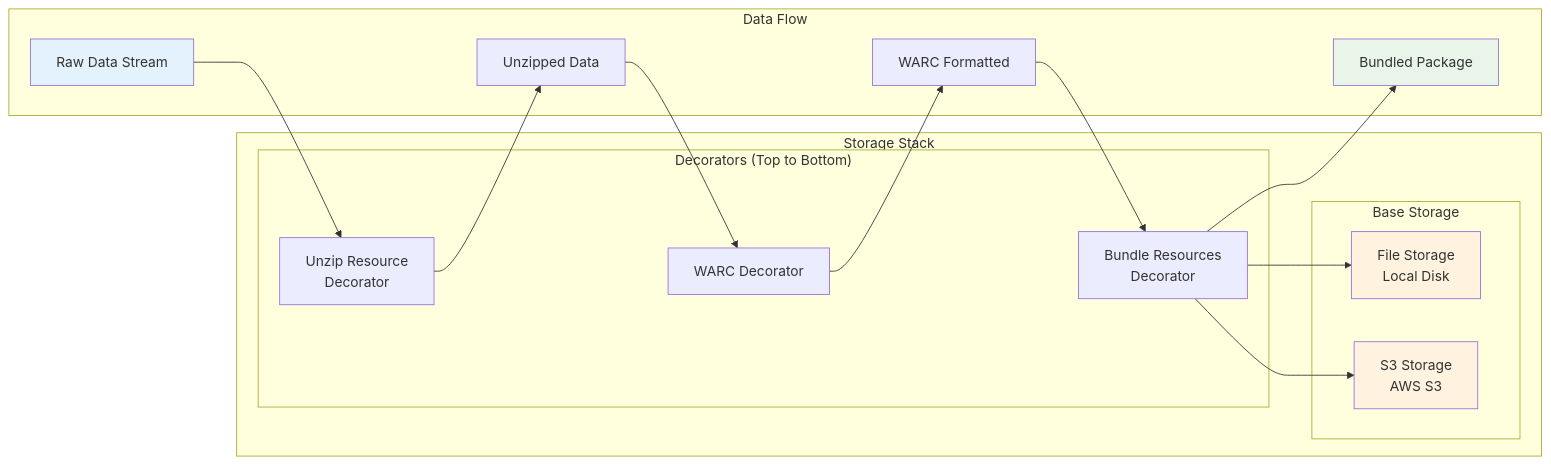
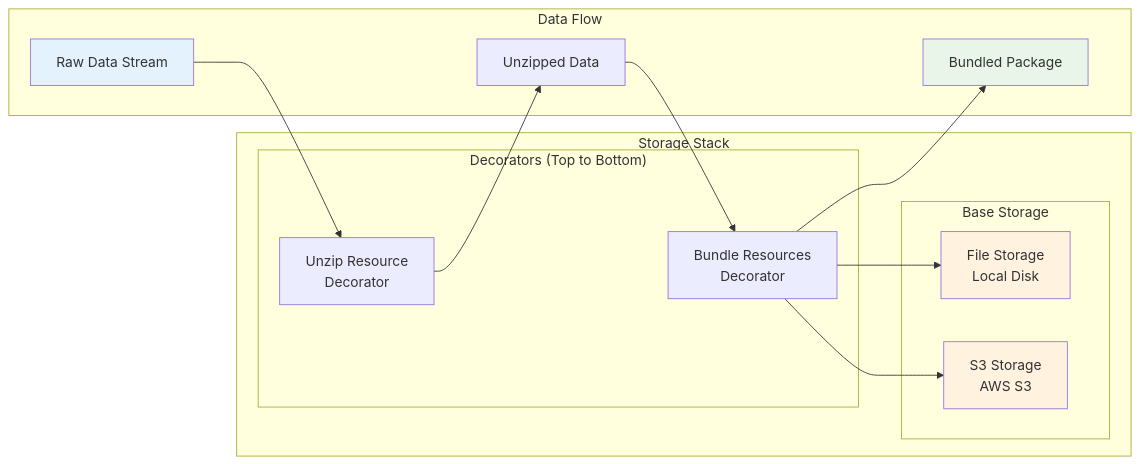
The third of 4 diagrams in docs/01_architecture/overview.md (oc-ben-ellis/data-fetcher-app), drawn with Mermaid before and after one commit. The commit also changed other lines of this file and 42 other files, not shown here.

````diff
--- a/docs/01_architecture/overview.md
+++ b/docs/01_architecture/overview.md
@@ -334,37 +334,35 @@
 ```mermaid
 graph LR
     subgraph "Storage Stack"
         subgraph "Decorators (Top to Bottom)"
             Bundle[Bundle Resources<br/>Decorator]
-            WARC[WARC Decorator]
+
             Unzip[Unzip Resource<br/>Decorator]
         end
 
         subgraph "Base Storage"
             File[File Storage<br/>Local Disk]
             S3[S3 Storage<br/>AWS S3]
         end
     end
 
     subgraph "Data Flow"
         Raw[Raw Data Stream]
         Unzipped[Unzipped Data]
-        WARCData[WARC Formatted]
+
         Bundled[Bundled Package]
     end
 
     Raw --> Unzip
     Unzip --> Unzipped
-    Unzipped --> WARC
-    WARC --> WARCData
-    WARCData --> Bundle
+            Unzipped --> Bundle
     Bundle --> Bundled
 
     Bundle --> File
     Bundle --> S3
 
     style Raw fill:#e3f2fd
     style Bundled fill:#e8f5e8
     style File fill:#fff3e0
     style S3 fill:#fff3e0
 ```
````
